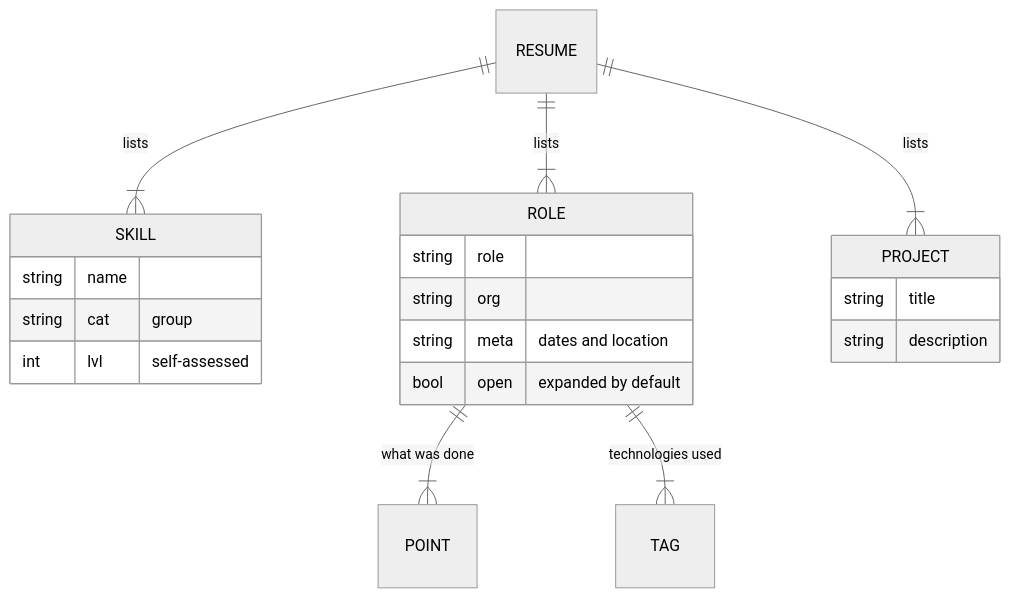
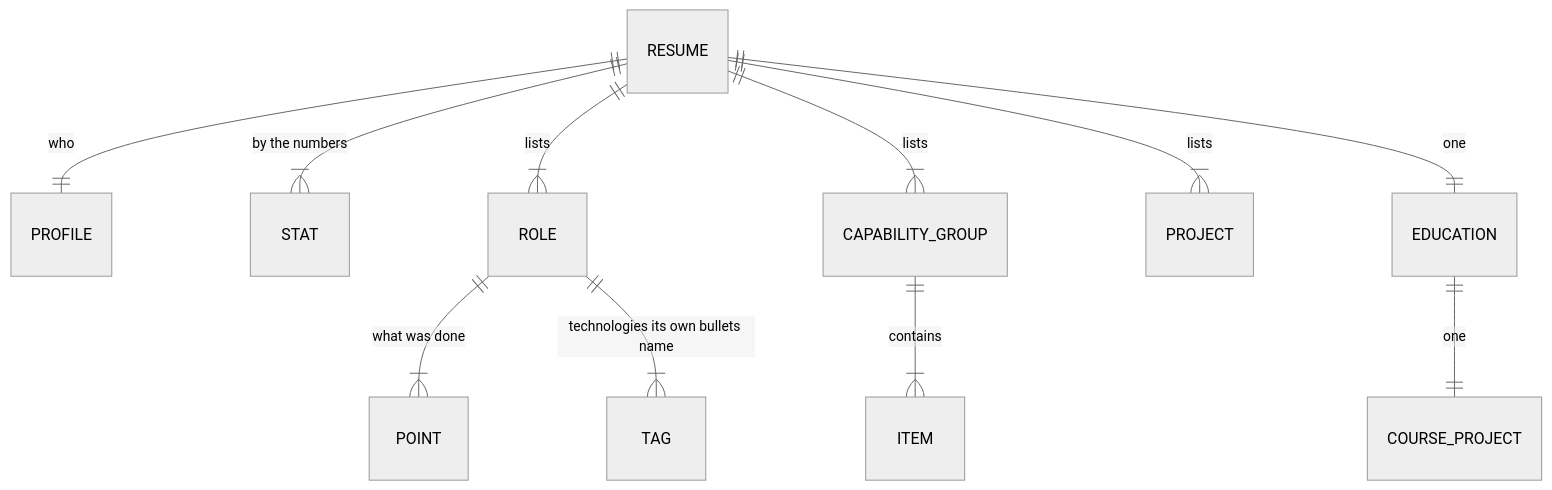
One commit to MoAbboud/PortFolio changed the diagram in resume/requirements/04-data-model.md. Above: the diagram before and after it, drawn with Mermaid (neutral theme). The commit also changed other lines of this file and 7 other files, not shown here.

````diff
--- a/resume/requirements/04-data-model.md
+++ b/resume/requirements/04-data-model.md
@@ -21,23 +22,13 @@
 ```mermaid
 erDiagram
-    RESUME ||--|{ SKILL : lists
+    RESUME ||--|| PROFILE : "who"
+    RESUME ||--|{ STAT : "by the numbers"
     RESUME ||--|{ ROLE : lists
+    RESUME ||--|{ CAPABILITY_GROUP : lists
     RESUME ||--|{ PROJECT : lists
+    RESUME ||--|| EDUCATION : "one"
     ROLE ||--|{ POINT : "what was done"
-    ROLE ||--|{ TAG : "technologies used"
-    SKILL {
-        string name
-        string cat "group"
-        int lvl "self-assessed"
-    }
-    ROLE {
-        string role
-        string org
-        string meta "dates and location"
-        bool open "expanded by default"
-    }
-    PROJECT {
-        string title
-        string description
-    }
+    ROLE ||--|{ TAG : "technologies its own bullets name"
+    CAPABILITY_GROUP ||--|{ ITEM : contains
+    EDUCATION ||--|| COURSE_PROJECT : "one"
 ```
````
